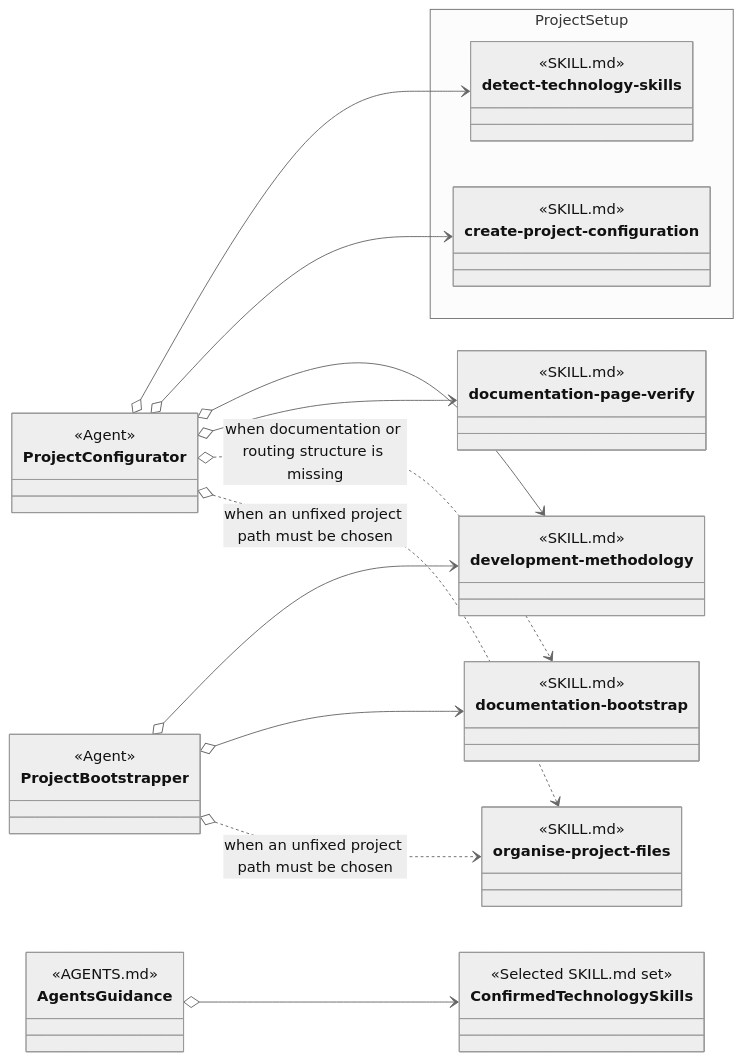
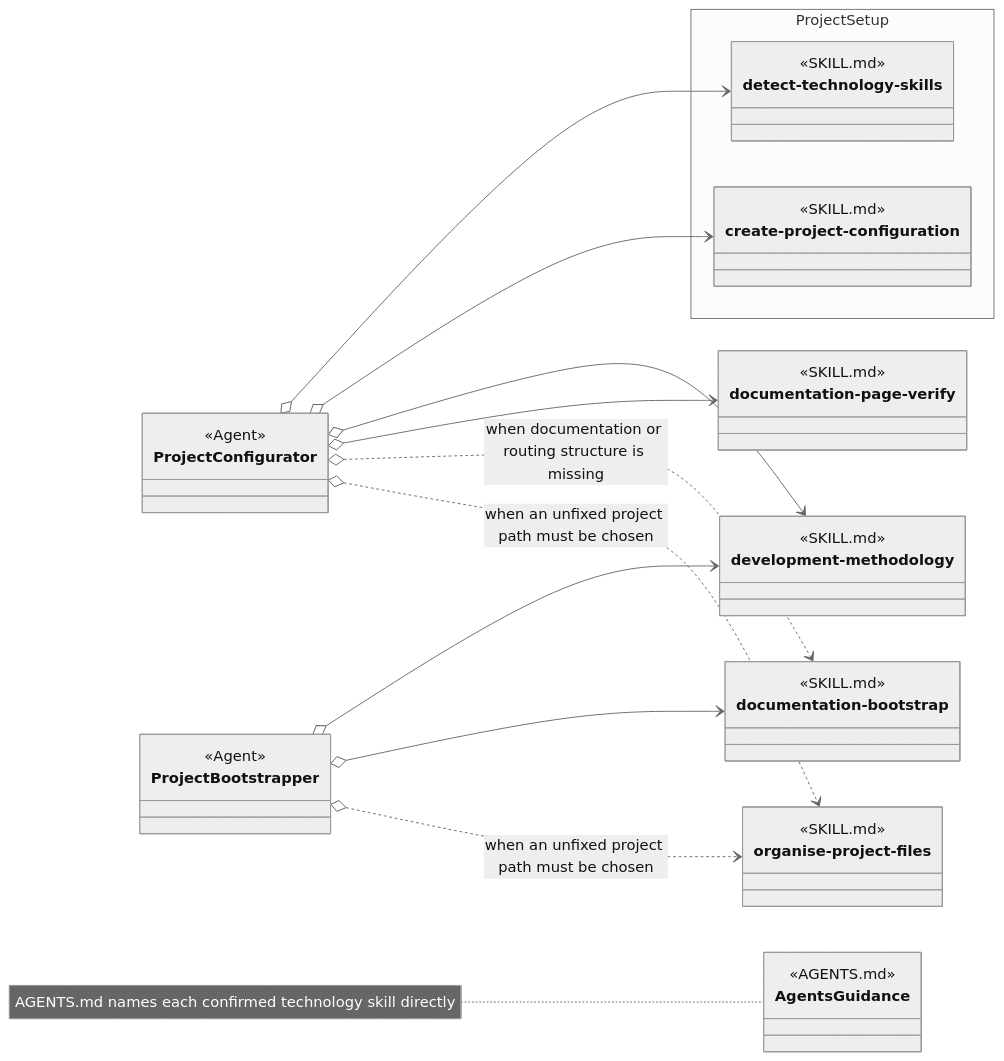
Before and after one commit to martinbechard/dev-methodology: the first of 2 diagrams in design/skill-groups/project-setup.md, drawn with Mermaid (neutral theme). The commit also changed other lines of this file and 9 other files, not shown here.

````diff
--- a/design/skill-groups/project-setup.md
+++ b/design/skill-groups/project-setup.md
@@ -11,65 +13,61 @@
 ```mermaid
 classDiagram
     direction LR
 
     class ProjectConfigurator {
         <<Agent>>
     }
 
     class ProjectBootstrapper {
         <<Agent>>
     }
 
     namespace ProjectSetup {
         class detect-technology-skills {
             <<SKILL.md>>
             <<Agent Skill>>
         }
 
         class create-project-configuration {
             <<SKILL.md>>
             <<Agent Skill>>
         }
     }
 
     class development-methodology {
         <<SKILL.md>>
         <<Cross-group>>
     }
 
     class documentation-bootstrap {
         <<SKILL.md>>
         <<Cross-group>>
     }
 
     class documentation-page-verify {
         <<SKILL.md>>
         <<Cross-group>>
     }
 
     class organise-project-files {
         <<SKILL.md>>
         <<Cross-group>>
     }
 
     class AgentsGuidance {
         <<AGENTS.md>>
     }
 
-    class ConfirmedTechnologySkills {
-        <<Selected SKILL.md set>>
-    }
-
     ProjectConfigurator o--> detect-technology-skills
     ProjectConfigurator o--> create-project-configuration
     ProjectConfigurator o--> development-methodology
     ProjectConfigurator o--> documentation-page-verify
     ProjectConfigurator o..> documentation-bootstrap : when documentation or routing structure is missing
     ProjectConfigurator o..> organise-project-files : when an unfixed project path must be chosen
 
     ProjectBootstrapper o--> development-methodology
     ProjectBootstrapper o--> documentation-bootstrap
     ProjectBootstrapper o..> organise-project-files : when an unfixed project path must be chosen
 
-    AgentsGuidance o--> ConfirmedTechnologySkills
+    note for AgentsGuidance "AGENTS.md names each confirmed technology skill directly"
 ```
````
